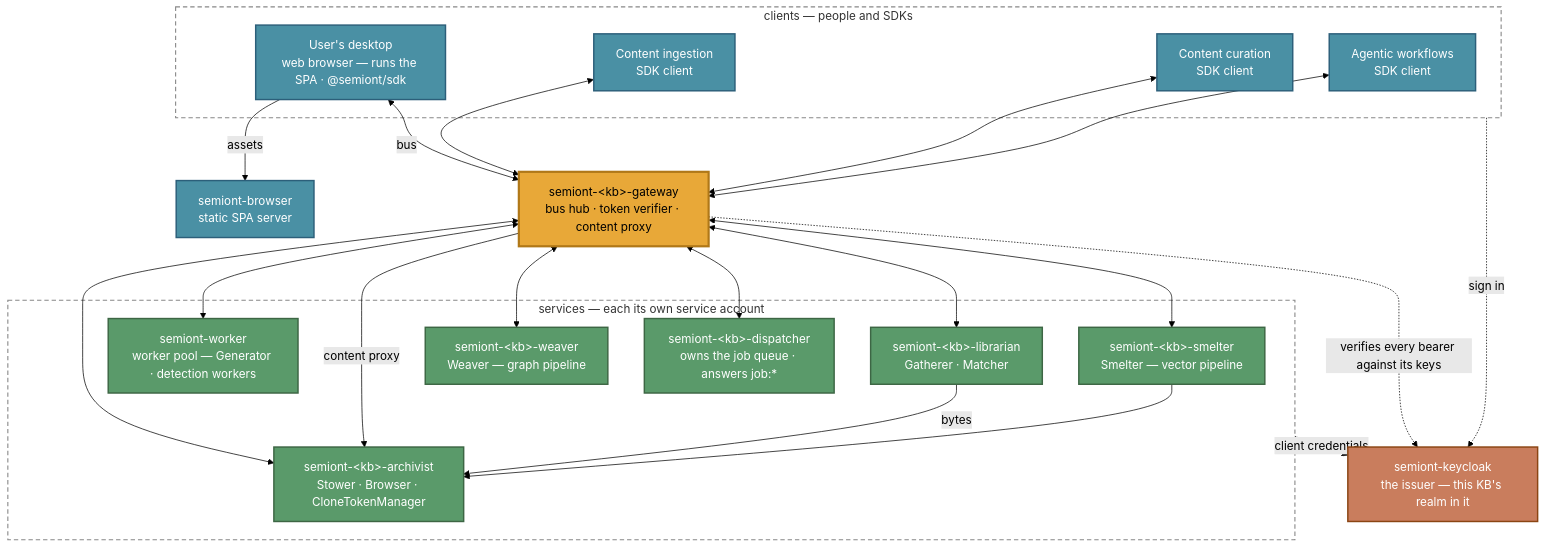
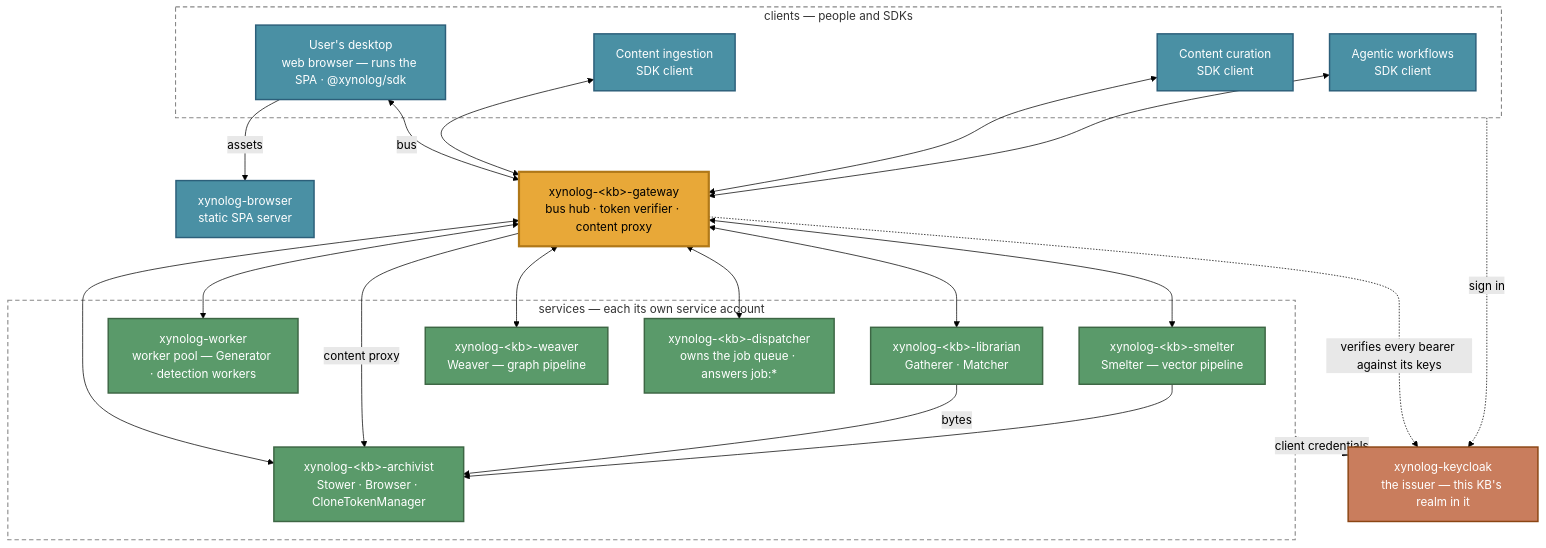
The first of 2 diagrams in operator/CONTAINER-TOPOLOGY.md (xynolog/docs), drawn with Mermaid (forest theme) before and after one commit. The commit also changed other lines of this file and 89 other files, not shown here.

````diff
--- a/operator/CONTAINER-TOPOLOGY.md
+++ b/operator/CONTAINER-TOPOLOGY.md
@@ -26,55 +26,55 @@
 ```mermaid
 graph TB
     subgraph CLIENTS ["clients — people and SDKs"]
-        USER["User's desktop<br/>web browser — runs the SPA · @semiont/sdk"]
+        USER["User's desktop<br/>web browser — runs the SPA · @xynolog/sdk"]
         INGEST["Content ingestion<br/>SDK client"]
         CURATE["Content curation<br/>SDK client"]
         AGENT["Agentic workflows<br/>SDK client"]
     end
 
-    BROWSERC["semiont-browser<br/>static SPA server"]
-    GW["semiont-&lt;kb&gt;-gateway<br/>bus hub · token verifier · content proxy"]
-    KC["semiont-keycloak<br/>the issuer — this KB's realm in it"]
+    BROWSERC["xynolog-browser<br/>static SPA server"]
+    GW["xynolog-&lt;kb&gt;-gateway<br/>bus hub · token verifier · content proxy"]
+    KC["xynolog-keycloak<br/>the issuer — this KB's realm in it"]
 
     subgraph SERVICES ["services — each its own service account"]
-        LIB["semiont-&lt;kb&gt;-librarian<br/>Gatherer · Matcher"]
-        WORKER["semiont-worker<br/>worker pool — Generator · detection workers"]
-        SMELT["semiont-&lt;kb&gt;-smelter<br/>Smelter — vector pipeline"]
-        WEAVE["semiont-&lt;kb&gt;-weaver<br/>Weaver — graph pipeline"]
-        ARCH["semiont-&lt;kb&gt;-archivist<br/>Stower · Browser · CloneTokenManager"]
-        DISP["semiont-&lt;kb&gt;-dispatcher<br/>owns the job queue · answers job:*"]
+        LIB["xynolog-&lt;kb&gt;-librarian<br/>Gatherer · Matcher"]
+        WORKER["xynolog-worker<br/>worker pool — Generator · detection workers"]
+        SMELT["xynolog-&lt;kb&gt;-smelter<br/>Smelter — vector pipeline"]
+        WEAVE["xynolog-&lt;kb&gt;-weaver<br/>Weaver — graph pipeline"]
+        ARCH["xynolog-&lt;kb&gt;-archivist<br/>Stower · Browser · CloneTokenManager"]
+        DISP["xynolog-&lt;kb&gt;-dispatcher<br/>owns the job queue · answers job:*"]
     end
 
     USER -->|assets| BROWSERC
     USER <-->|bus| GW
     INGEST <--> GW
     CURATE <--> GW
     AGENT <--> GW
 
     GW <--> LIB
     GW <--> WORKER
     GW <--> SMELT
     GW <--> WEAVE
     GW <--> ARCH
     GW <--> DISP
 
     GW -->|content proxy| ARCH
     LIB -->|bytes| ARCH
     SMELT --> ARCH
 
     CLIENTS -.->|sign in| KC
     SERVICES -.->|client credentials| KC
     GW -.->|verifies every bearer against its keys| KC
 
     classDef client fill:#4a90a4,stroke:#2c5f7a,stroke-width:2px,color:#fff
     classDef svc fill:#5a9a6a,stroke:#3d6644,stroke-width:2px,color:#fff
     classDef hub fill:#e8a838,stroke:#b07818,stroke-width:3px,color:#000
     classDef infra fill:#c97d5d,stroke:#8b4513,stroke-width:2px,color:#fff
 
     class USER,INGEST,CURATE,AGENT,BROWSERC client
     class LIB,WORKER,SMELT,WEAVE,ARCH,DISP svc
     class GW hub
     class KC infra
     style CLIENTS fill:none,stroke:#888,stroke-width:1.5px,stroke-dasharray:6 4
     style SERVICES fill:none,stroke:#888,stroke-width:1.5px,stroke-dasharray:6 4
 ```
````
